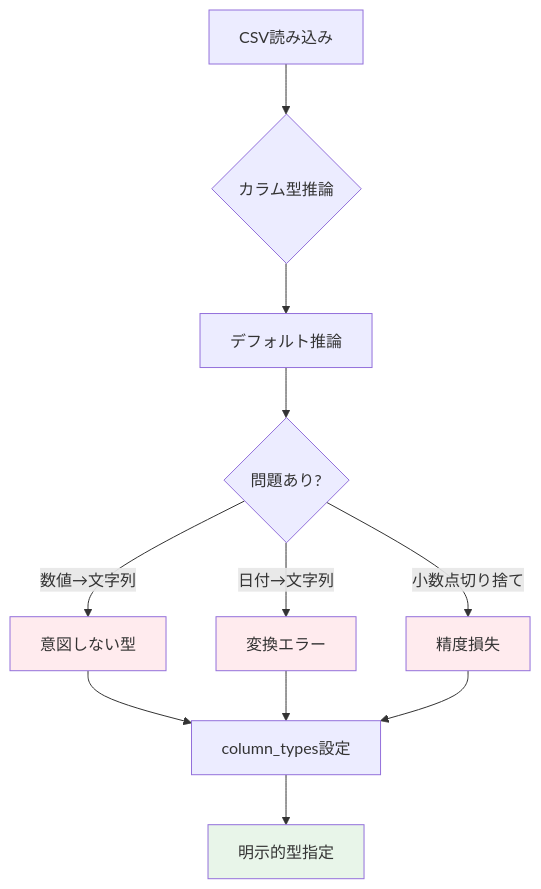
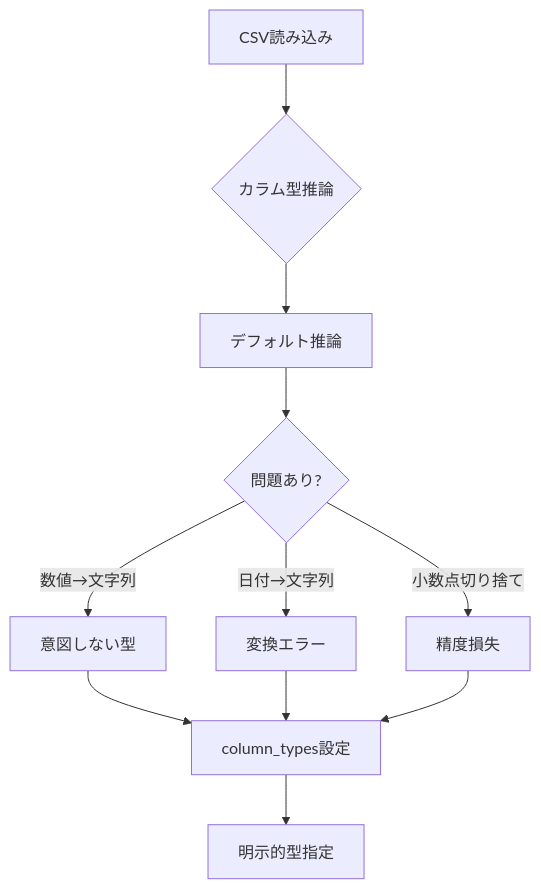
One commit to 1210yuichi0/1210yuichi0.github.io changed the third of 8 diagrams in content/Tech/dbt/categories/seed-config.md. Above: the diagram before and after it, drawn with Mermaid. The commit also changed other lines of this file and 22 other files, not shown here.

First line of the commit message:
style: remove Mermaid style directives for dark mode compatibility

````diff
--- a/content/Tech/dbt/categories/seed-config.md
+++ b/content/Tech/dbt/categories/seed-config.md
@@ -258,21 +253,17 @@
 ```mermaid
 flowchart TD
     A[CSV読み込み] --> B{カラム型推論}
     B --> C[デフォルト推論]
 
     C --> D{問題あり?}
     D -->|数値→文字列| E[意図しない型]
     D -->|日付→文字列| F[変換エラー]
     D -->|小数点切り捨て| G[精度損失]
 
     E --> H[column_types設定]
     F --> H
     G --> H
 
     H --> I[明示的型指定]
 
-    style E fill:#ffebee
-    style F fill:#ffebee
-    style G fill:#ffebee
-    style I fill:#e8f5e9
 ```
````
